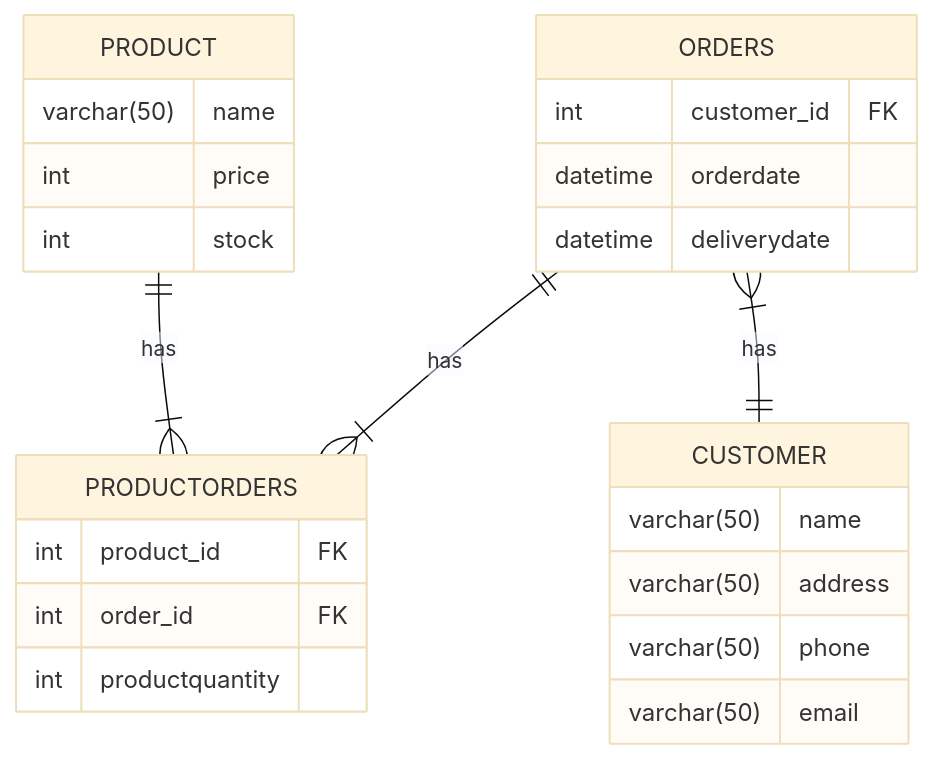
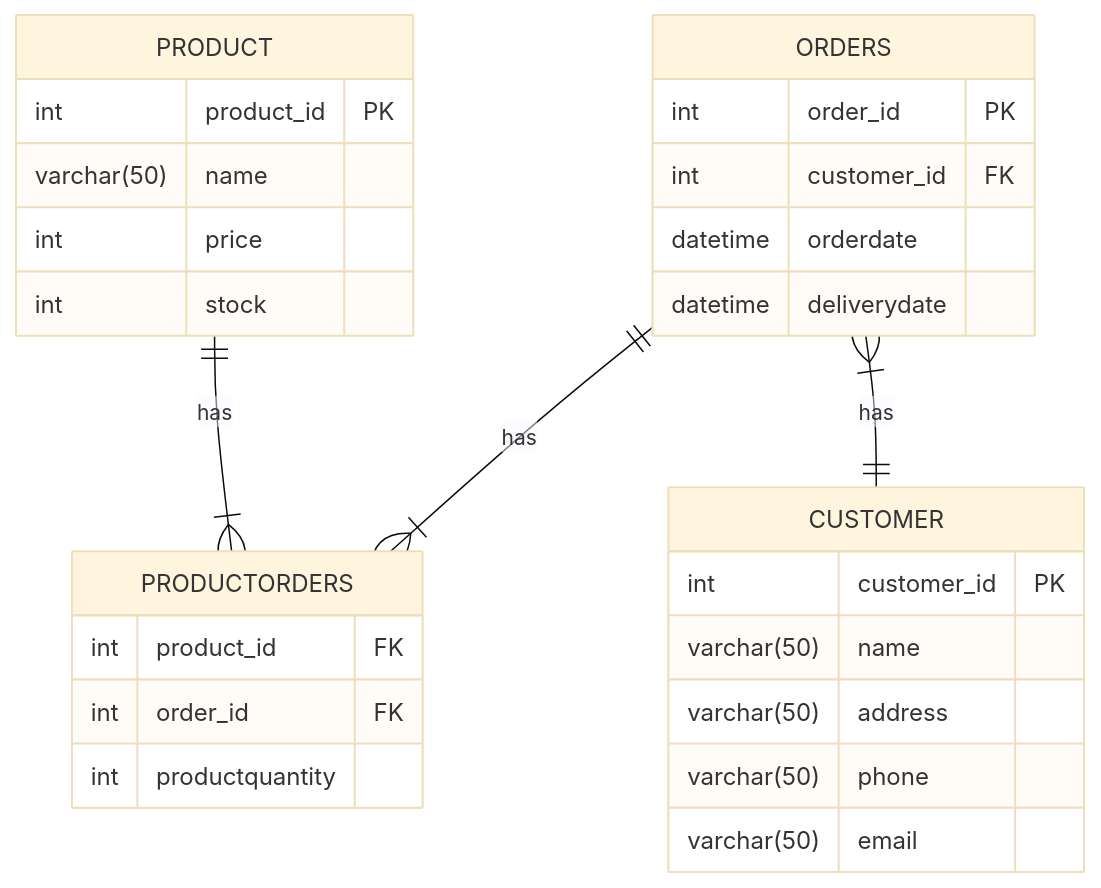
The diagram in CandleMaker-ERD.mmd (boolean-uk/java-data-modelling), drawn with Mermaid (base theme) before and after one commit. The commit also changed 1 other file, not shown here.

Commit message:
updated School-ERD.mmd + CandleMaker-ERD.mmd with primary keys

```diff
--- a/CandleMaker-ERD.mmd
+++ b/CandleMaker-ERD.mmd
@@ -1,26 +1,29 @@
 erDiagram
     PRODUCT {
+        int product_id PK
         varchar(50) name
         int price
         int stock
     }
     PRODUCTORDERS {
         int product_id FK
         int order_id FK
         int productquantity
     }
     ORDERS {
+        int order_id PK
         int customer_id FK
         datetime orderdate
         datetime deliverydate
     }
     CUSTOMER {
+        int customer_id PK
         varchar(50) name
         varchar(50) address
         varchar(50) phone
         varchar(50) email
     }
 
     PRODUCT ||--|{ PRODUCTORDERS : has
     ORDERS ||--|{ PRODUCTORDERS : has
     ORDERS }|--|| CUSTOMER : has
```
